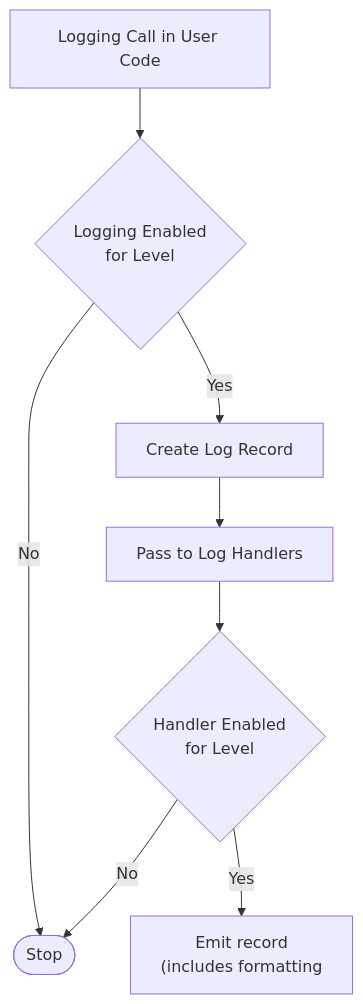
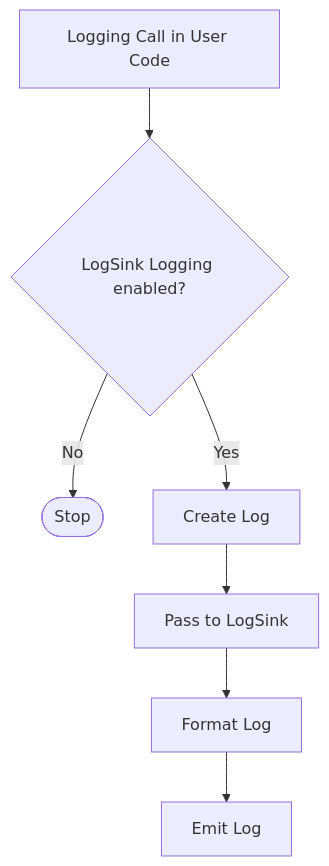
The diagram in README.md (aaronkeene/VBA-LOGGING), drawn with Mermaid before and after one commit. The commit also changed other lines of this file, not shown here.

````diff
--- a/README.md
+++ b/README.md
@@ -47,20 +47,16 @@
 ```mermaid
 graph TD;
 id1[Logging Call in User Code]
-id2{"Logging Enabled
-for Level"}
+id2{"LogSink Logging enabled?"}
 id3([Stop])
-id4[Create Log Record]
-id5[Pass to Log Handlers]
-id6{"Handler Enabled
-for Level"}
-id7["Emit record
-(includes formatting"]
+id4[Create Log]
+id5[Pass to LogSink]
+id6["Format Log"]
+id7["Emit Log"]
 id1-->id2;
 id2-->|No|id3
 id2-->|Yes|id4
 id4-->id5
 id5-->id6
-id6-->|No|id3
-id6-->|Yes|id7
+id6-->id7
 ```
````
